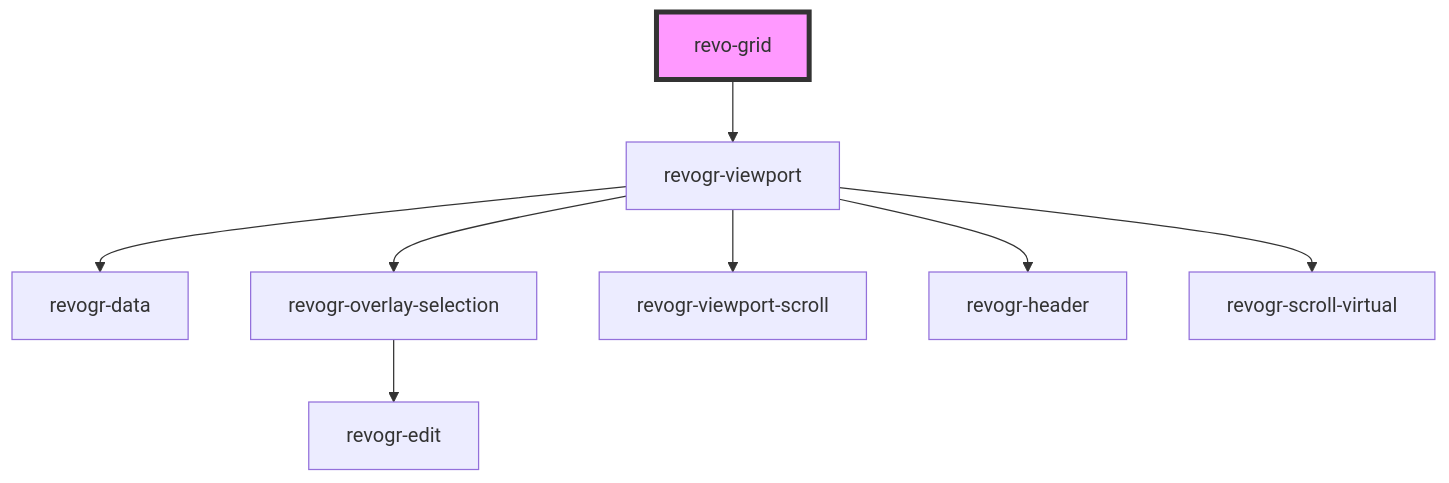
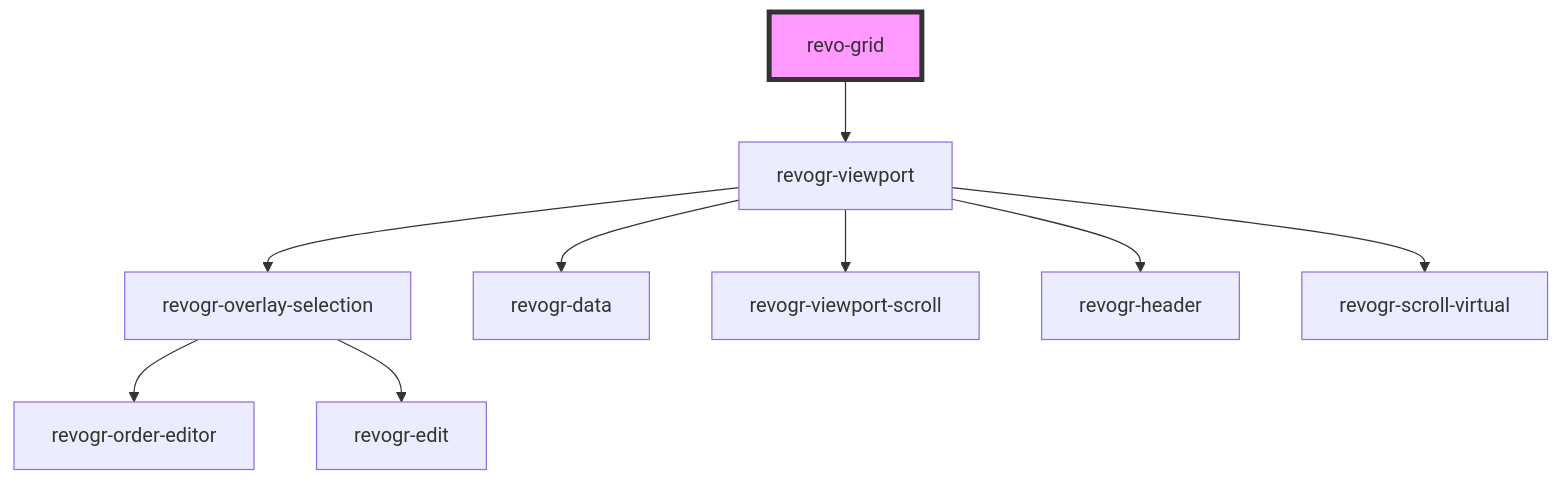
Before and after one commit to revolist/revogrid: the diagram in src/components/revo-grid/readme.md, drawn with Mermaid. The commit also changed other lines of this file and 21 other files, not shown here.

````diff
--- a/src/components/revo-grid/readme.md
+++ b/src/components/revo-grid/readme.md
@@ -32,11 +32,12 @@
 ```mermaid
 graph TD;
   revo-grid --> revogr-viewport
+  revogr-viewport --> revogr-overlay-selection
   revogr-viewport --> revogr-data
-  revogr-viewport --> revogr-overlay-selection
   revogr-viewport --> revogr-viewport-scroll
   revogr-viewport --> revogr-header
   revogr-viewport --> revogr-scroll-virtual
+  revogr-overlay-selection --> revogr-order-editor
   revogr-overlay-selection --> revogr-edit
   style revo-grid fill:#f9f,stroke:#333,stroke-width:4px
 ```
````
